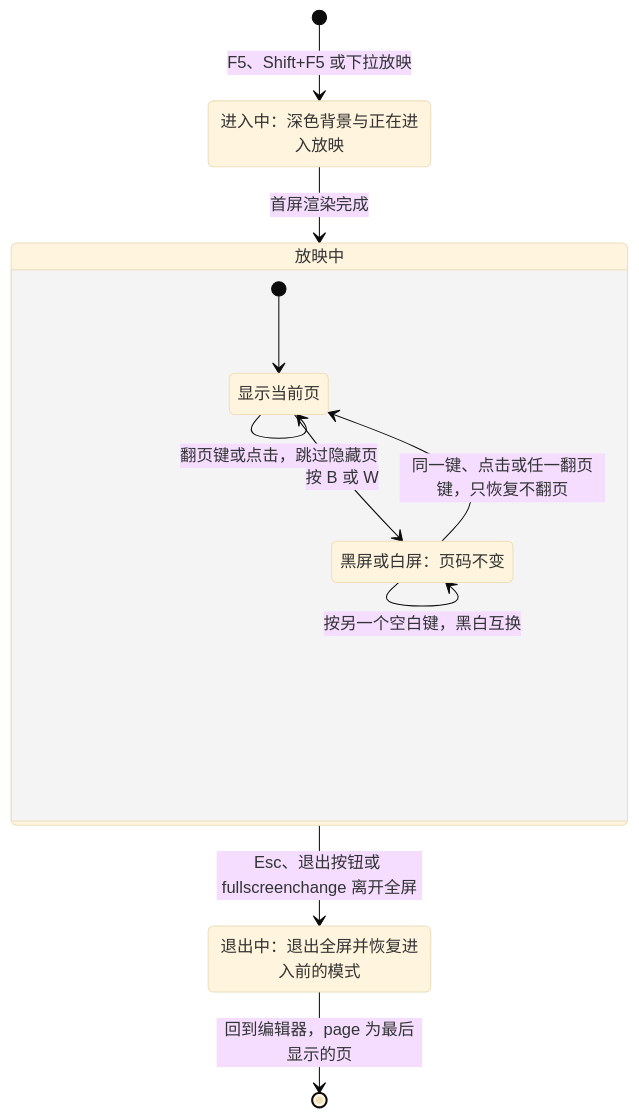
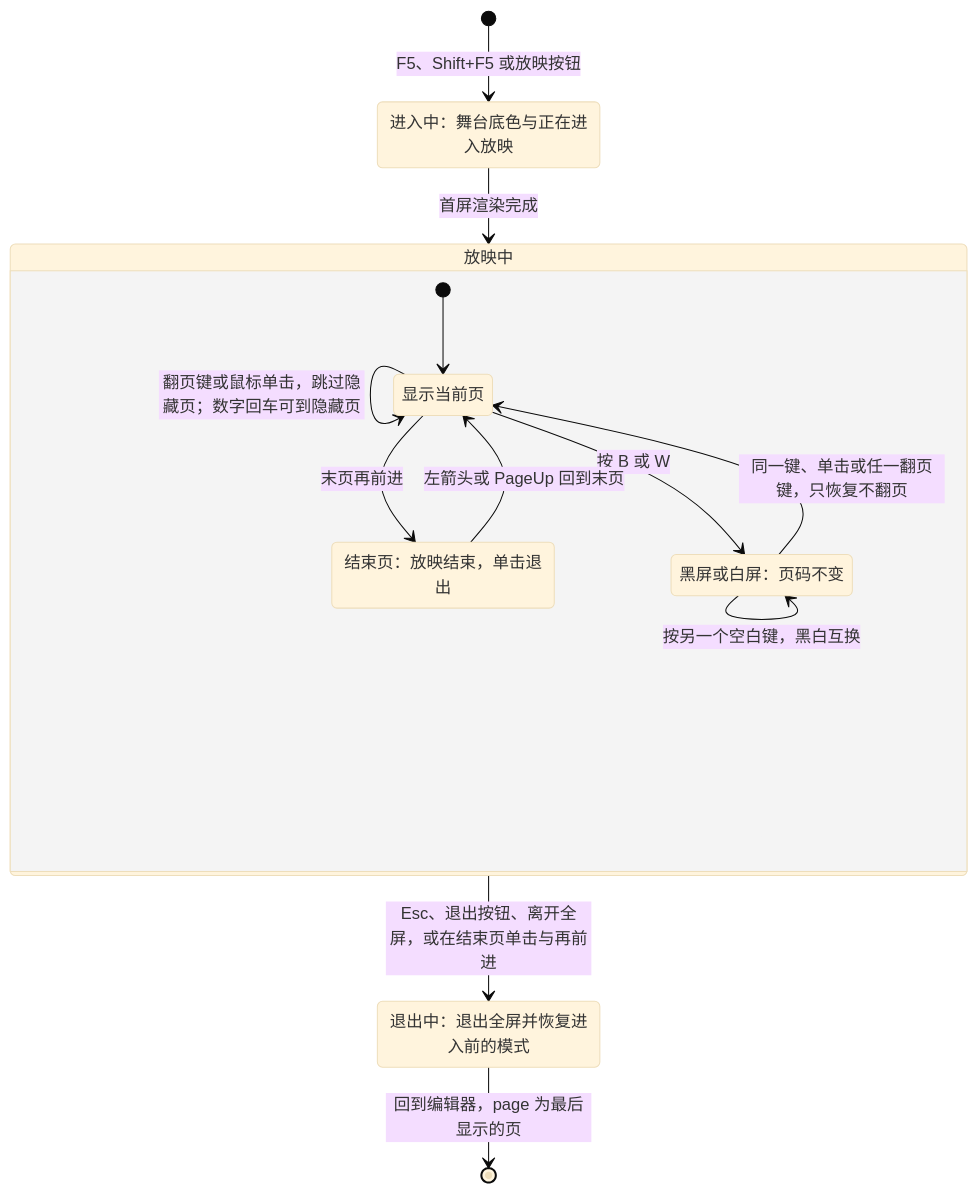
One commit to Xeonice/cordis-ppt-editor changed the ninth of 10 diagrams in docs/50-frontend/10-editor-shell-and-interaction.md. Above: the diagram before and after it, drawn with Mermaid (base theme). The commit also changed other lines of this file and 25 other files, not shown here.

````diff
--- a/docs/50-frontend/10-editor-shell-and-interaction.md
+++ b/docs/50-frontend/10-editor-shell-and-interaction.md
@@ -535,18 +653,21 @@
 ```mermaid
 stateDiagram-v2
-  state "进入中：深色背景与正在进入放映" as loading
+  state "进入中：舞台底色与正在进入放映" as loading
   state "放映中" as playing {
     state "显示当前页" as showing
     state "黑屏或白屏：页码不变" as blank
+    state "结束页：放映结束，单击退出" as ended
     [*] --> showing
-    showing --> showing : 翻页键或点击，跳过隐藏页
+    showing --> showing : 翻页键或鼠标单击，跳过隐藏页；数字回车可到隐藏页
     showing --> blank : 按 B 或 W
-    blank --> showing : 同一键、点击或任一翻页键，只恢复不翻页
+    blank --> showing : 同一键、单击或任一翻页键，只恢复不翻页
     blank --> blank : 按另一个空白键，黑白互换
+    showing --> ended : 末页再前进
+    ended --> showing : 左箭头或 PageUp 回到末页
   }
   state "退出中：退出全屏并恢复进入前的模式" as exiting
-  [*] --> loading : F5、Shift+F5 或下拉放映
+  [*] --> loading : F5、Shift+F5 或放映按钮
   loading --> playing : 首屏渲染完成
-  playing --> exiting : Esc、退出按钮或 fullscreenchange 离开全屏
+  playing --> exiting : Esc、退出按钮、离开全屏，或在结束页单击与再前进
   exiting --> [*] : 回到编辑器，page 为最后显示的页
 ```
````
